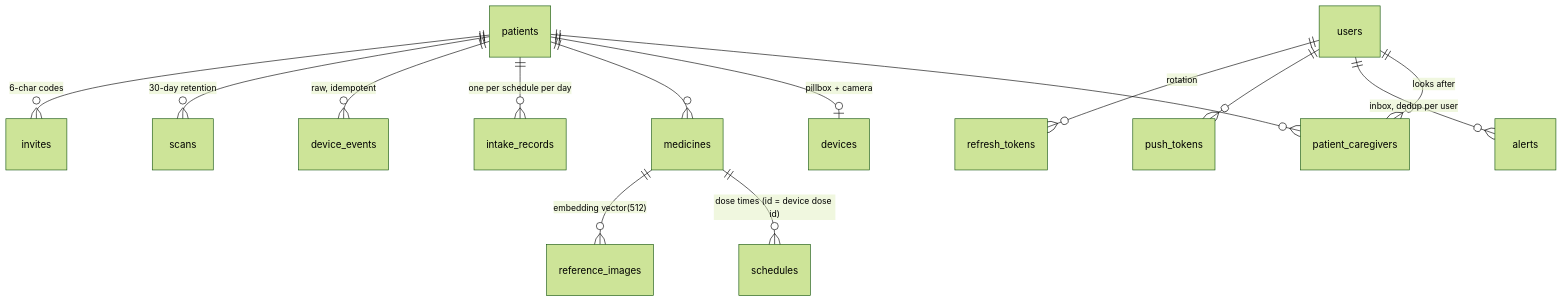
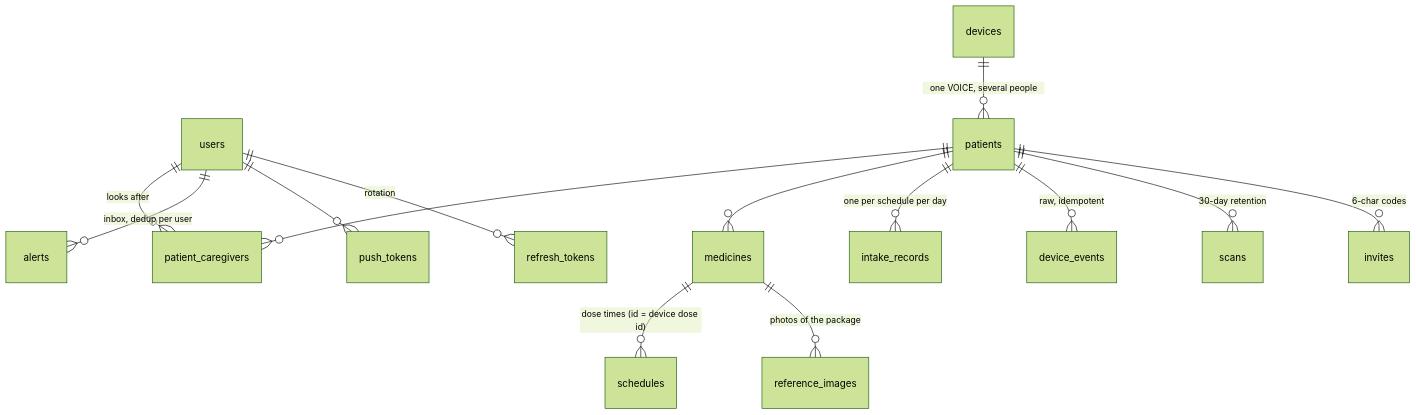
Before and after one commit to ArtisTechs/voice-prototype-medicine-reminder: the third of 3 diagrams in docs/architecture.md, drawn with Mermaid (forest theme). The commit also changed other lines of this file and 237 other files, not shown here.

````diff
--- a/docs/architecture.md
+++ b/docs/architecture.md
@@ -75,16 +76,16 @@
 ```mermaid
 erDiagram
   users ||--o{ patient_caregivers : "looks after"
   patients ||--o{ patient_caregivers : ""
-  patients ||--o| devices : "pillbox + camera"
+  devices ||--o{ patients : "one VOICE, several people"
   patients ||--o{ medicines : ""
   medicines ||--o{ schedules : "dose times (id = device dose id)"
-  medicines ||--o{ reference_images : "embedding vector(512)"
+  medicines ||--o{ reference_images : "photos of the package"
   patients ||--o{ intake_records : "one per schedule per day"
   patients ||--o{ device_events : "raw, idempotent"
   patients ||--o{ scans : "30-day retention"
   users ||--o{ alerts : "inbox, dedup per user"
   users ||--o{ push_tokens : ""
   users ||--o{ refresh_tokens : "rotation"
   patients ||--o{ invites : "6-char codes"
 ```
````
